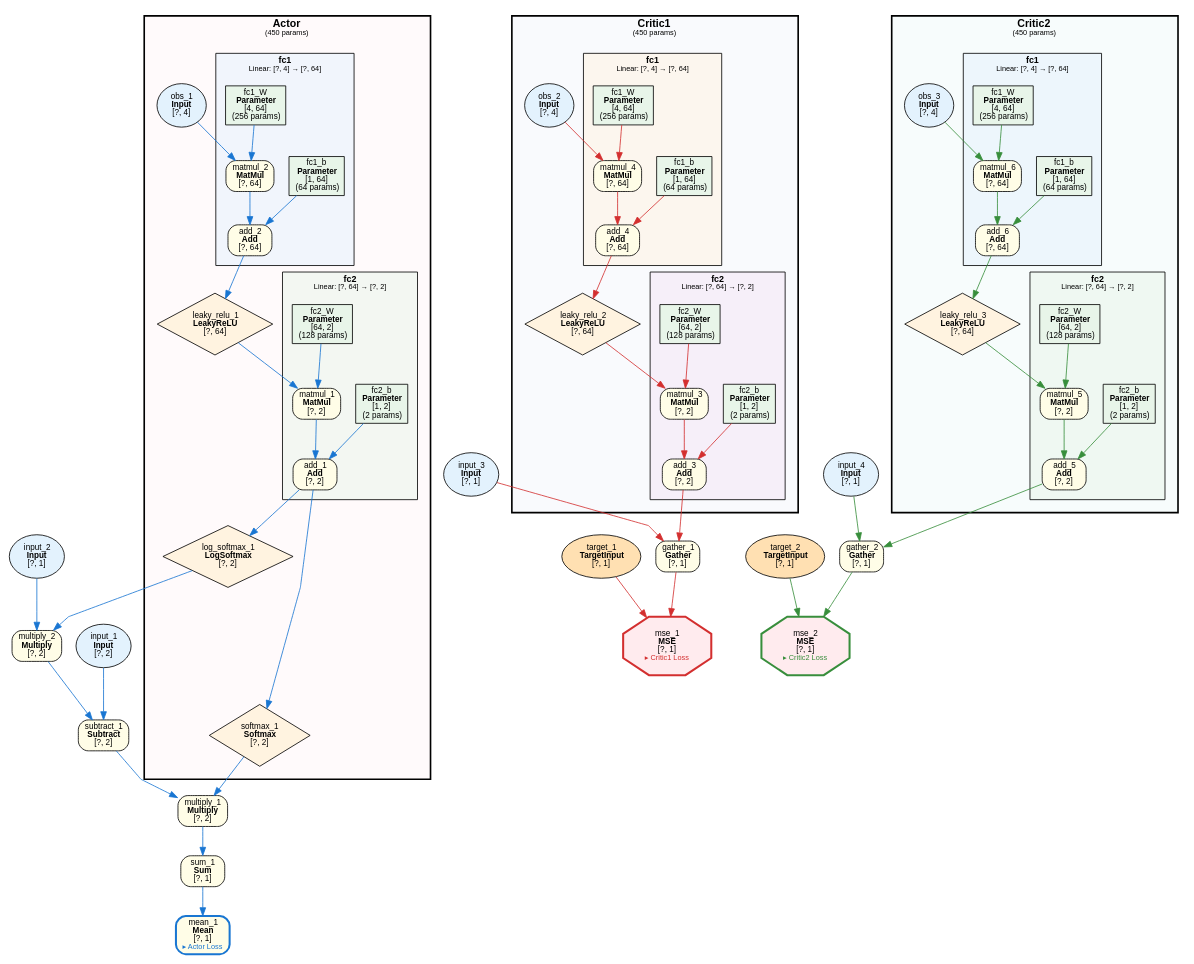
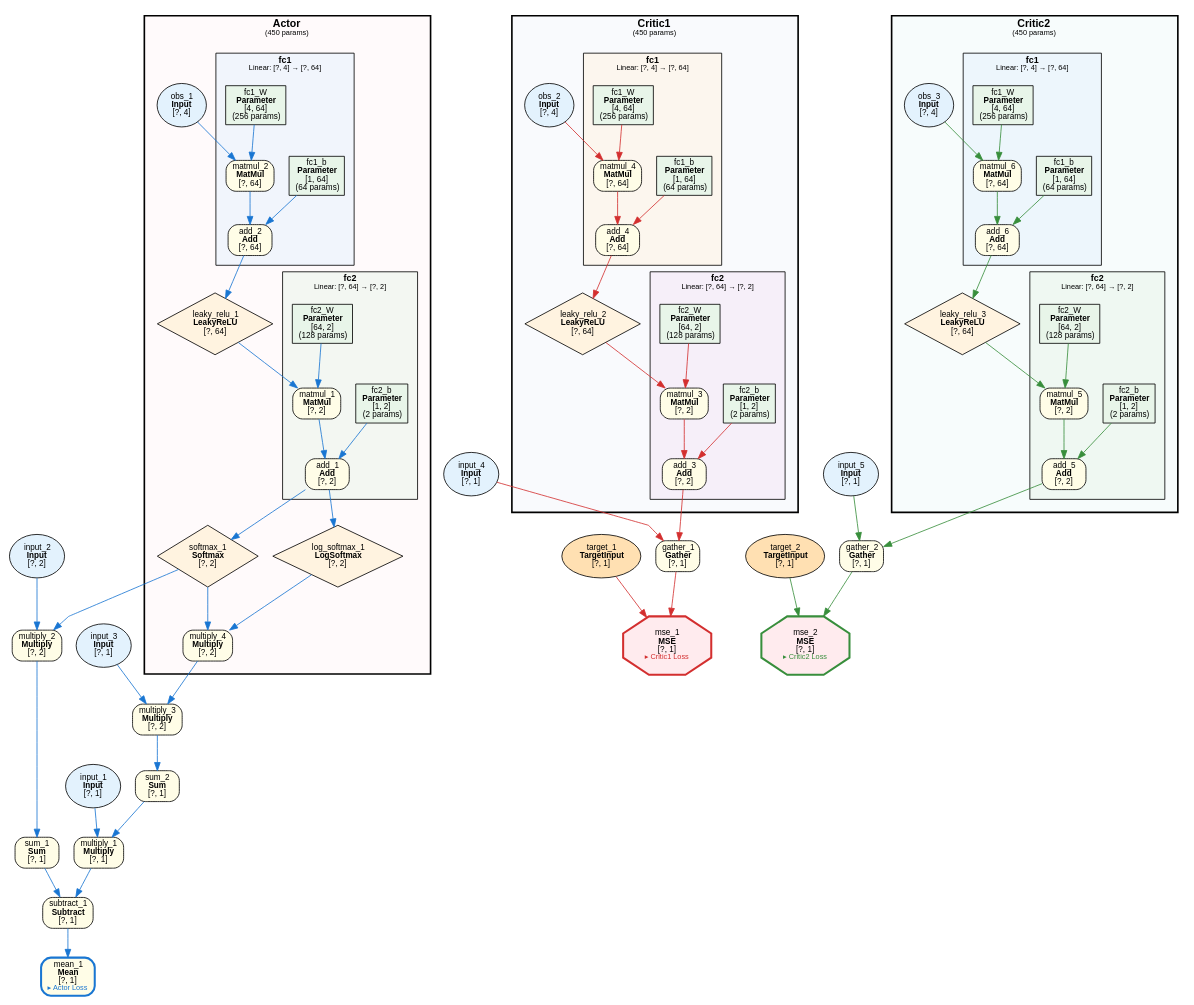
The diagram in examples/cartpole_sac/cartpole_sac.dot (dbsxdbsx/only_torch), drawn with Graphviz before and after one commit. The commit also changed 21 other files, not shown here.

```diff
--- a/examples/cartpole_sac/cartpole_sac.dot
+++ b/examples/cartpole_sac/cartpole_sac.dot
@@ -20,10 +20,10 @@
             fontname="Microsoft YaHei,SimHei,Arial";
             fontsize=11;
             margin=12;
-                "15" [label=<add_2<BR/><B>Add</B><BR/>[?, 64]> shape=box style="filled,rounded" fillcolor="#FFFDE7" fontsize=10];
-                "16" [label=<matmul_2<BR/><B>MatMul</B><BR/>[?, 64]> shape=box style="filled,rounded" fillcolor="#FFFDE7" fontsize=10];
-                "17" [label=<fc1_b<BR/><B>Parameter</B><BR/>[1, 64]<BR/>(64 params)> shape=box style=filled fillcolor="#E8F5E9" fontsize=10];
-                "19" [label=<fc1_W<BR/><B>Parameter</B><BR/>[4, 64]<BR/>(256 params)> shape=box style=filled fillcolor="#E8F5E9" fontsize=10];
+                "19" [label=<add_2<BR/><B>Add</B><BR/>[?, 64]> shape=box style="filled,rounded" fillcolor="#FFFDE7" fontsize=10];
+                "20" [label=<matmul_2<BR/><B>MatMul</B><BR/>[?, 64]> shape=box style="filled,rounded" fillcolor="#FFFDE7" fontsize=10];
+                "21" [label=<fc1_b<BR/><B>Parameter</B><BR/>[1, 64]<BR/>(64 params)> shape=box style=filled fillcolor="#E8F5E9" fontsize=10];
+                "23" [label=<fc1_W<BR/><B>Parameter</B><BR/>[4, 64]<BR/>(256 params)> shape=box style=filled fillcolor="#E8F5E9" fontsize=10];
         }
 
         subgraph cluster_Actor_fc2 {
@@ -33,16 +33,17 @@
             fontname="Microsoft YaHei,SimHei,Arial";
             fontsize=11;
             margin=12;
-                "6" [label=<add_1<BR/><B>Add</B><BR/>[?, 2]> shape=box style="filled,rounded" fillcolor="#FFFDE7" fontsize=10];
-                "9" [label=<matmul_1<BR/><B>MatMul</B><BR/>[?, 2]> shape=box style="filled,rounded" fillcolor="#FFFDE7" fontsize=10];
-                "10" [label=<fc2_b<BR/><B>Parameter</B><BR/>[1, 2]<BR/>(2 params)> shape=box style=filled fillcolor="#E8F5E9" fontsize=10];
-                "14" [label=<fc2_W<BR/><B>Parameter</B><BR/>[64, 2]<BR/>(128 params)> shape=box style=filled fillcolor="#E8F5E9" fontsize=10];
+                "13" [label=<add_1<BR/><B>Add</B><BR/>[?, 2]> shape=box style="filled,rounded" fillcolor="#FFFDE7" fontsize=10];
+                "15" [label=<matmul_1<BR/><B>MatMul</B><BR/>[?, 2]> shape=box style="filled,rounded" fillcolor="#FFFDE7" fontsize=10];
+                "16" [label=<fc2_b<BR/><B>Parameter</B><BR/>[1, 2]<BR/>(2 params)> shape=box style=filled fillcolor="#E8F5E9" fontsize=10];
+                "18" [label=<fc2_W<BR/><B>Parameter</B><BR/>[64, 2]<BR/>(128 params)> shape=box style=filled fillcolor="#E8F5E9" fontsize=10];
         }
 
-        "4" [label=<softmax_1<BR/><B>Softmax</B><BR/>[?, 2]> shape=diamond style=filled fillcolor="#FFF3E0" fontsize=10];
-        "11" [label=<log_softmax_1<BR/><B>LogSoftmax</B><BR/>[?, 2]> shape=diamond style=filled fillcolor="#FFF3E0" fontsize=10];
-        "13" [label=<leaky_relu_1<BR/><B>LeakyReLU</B><BR/>[?, 64]> shape=diamond style=filled fillcolor="#FFF3E0" fontsize=10];
-        "18" [label=<obs_1<BR/><B>Input</B><BR/>[?, 4]> shape=ellipse style=filled fillcolor="#E3F2FD" fontsize=10];
+        "9" [label=<softmax_1<BR/><B>Softmax</B><BR/>[?, 2]> shape=diamond style=filled fillcolor="#FFF3E0" fontsize=10];
+        "12" [label=<multiply_4<BR/><B>Multiply</B><BR/>[?, 2]> shape=box style="filled,rounded" fillcolor="#FFFDE7" fontsize=10];
+        "14" [label=<log_softmax_1<BR/><B>LogSoftmax</B><BR/>[?, 2]> shape=diamond style=filled fillcolor="#FFF3E0" fontsize=10];
+        "17" [label=<leaky_relu_1<BR/><B>LeakyReLU</B><BR/>[?, 64]> shape=diamond style=filled fillcolor="#FFF3E0" fontsize=10];
+        "22" [label=<obs_1<BR/><B>Input</B><BR/>[?, 4]> shape=ellipse style=filled fillcolor="#E3F2FD" fontsize=10];
     }
 
     subgraph cluster_model_Critic1 {
@@ -60,10 +61,10 @@
             fontname="Microsoft YaHei,SimHei,Arial";
             fontsize=11;
             margin=12;
-                "29" [label=<add_4<BR/><B>Add</B><BR/>[?, 64]> shape=box style="filled,rounded" fillcolor="#FFFDE7" fontsize=10];
-                "30" [label=<matmul_4<BR/><B>MatMul</B><BR/>[?, 64]> shape=box style="filled,rounded" fillcolor="#FFFDE7" fontsize=10];
-                "31" [label=<fc1_b<BR/><B>Parameter</B><BR/>[1, 64]<BR/>(64 params)> shape=box style=filled fillcolor="#E8F5E9" fontsize=10];
-                "33" [label=<fc1_W<BR/><B>Parameter</B><BR/>[4, 64]<BR/>(256 params)> shape=box style=filled fillcolor="#E8F5E9" fontsize=10];
+                "33" [label=<add_4<BR/><B>Add</B><BR/>[?, 64]> shape=box style="filled,rounded" fillcolor="#FFFDE7" fontsize=10];
+                "34" [label=<matmul_4<BR/><B>MatMul</B><BR/>[?, 64]> shape=box style="filled,rounded" fillcolor="#FFFDE7" fontsize=10];
+                "35" [label=<fc1_b<BR/><B>Parameter</B><BR/>[1, 64]<BR/>(64 params)> shape=box style=filled fillcolor="#E8F5E9" fontsize=10];
+                "37" [label=<fc1_W<BR/><B>Parameter</B><BR/>[4, 64]<BR/>(256 params)> shape=box style=filled fillcolor="#E8F5E9" fontsize=10];
         }
 
         subgraph cluster_Critic1_fc2 {
@@ -73,14 +74,14 @@
             fontname="Microsoft YaHei,SimHei,Arial";
             fontsize=11;
             margin=12;
-                "23" [label=<add_3<BR/><B>Add</B><BR/>[?, 2]> shape=box style="filled,rounded" fillcolor="#FFFDE7" fontsize=10];
-                "25" [label=<matmul_3<BR/><B>MatMul</B><BR/>[?, 2]> shape=box style="filled,rounded" fillcolor="#FFFDE7" fontsize=10];
-                "26" [label=<fc2_b<BR/><B>Parameter</B><BR/>[1, 2]<BR/>(2 params)> shape=box style=filled fillcolor="#E8F5E9" fontsize=10];
-                "28" [label=<fc2_W<BR/><B>Parameter</B><BR/>[64, 2]<BR/>(128 params)> shape=box style=filled fillcolor="#E8F5E9" fontsize=10];
+                "27" [label=<add_3<BR/><B>Add</B><BR/>[?, 2]> shape=box style="filled,rounded" fillcolor="#FFFDE7" fontsize=10];
+                "29" [label=<matmul_3<BR/><B>MatMul</B><BR/>[?, 2]> shape=box style="filled,rounded" fillcolor="#FFFDE7" fontsize=10];
+                "30" [label=<fc2_b<BR/><B>Parameter</B><BR/>[1, 2]<BR/>(2 params)> shape=box style=filled fillcolor="#E8F5E9" fontsize=10];
+                "32" [label=<fc2_W<BR/><B>Parameter</B><BR/>[64, 2]<BR/>(128 params)> shape=box style=filled fillcolor="#E8F5E9" fontsize=10];
         }
 
-        "27" [label=<leaky_relu_2<BR/><B>LeakyReLU</B><BR/>[?, 64]> shape=diamond style=filled fillcolor="#FFF3E0" fontsize=10];
-        "32" [label=<obs_2<BR/><B>Input</B><BR/>[?, 4]> shape=ellipse style=filled fillcolor="#E3F2FD" fontsize=10];
+        "31" [label=<leaky_relu_2<BR/><B>LeakyReLU</B><BR/>[?, 64]> shape=diamond style=filled fillcolor="#FFF3E0" fontsize=10];
+        "36" [label=<obs_2<BR/><B>Input</B><BR/>[?, 4]> shape=ellipse style=filled fillcolor="#E3F2FD" fontsize=10];
     }
 
     subgraph cluster_model_Critic2 {
@@ -98,10 +99,10 @@
             fontname="Microsoft YaHei,SimHei,Arial";
             fontsize=11;
             margin=12;
-                "43" [label=<add_6<BR/><B>Add</B><BR/>[?, 64]> shape=box style="filled,rounded" fillcolor="#FFFDE7" fontsize=10];
-                "44" [label=<matmul_6<BR/><B>MatMul</B><BR/>[?, 64]> shape=box style="filled,rounded" fillcolor="#FFFDE7" fontsize=10];
-                "45" [label=<fc1_b<BR/><B>Parameter</B><BR/>[1, 64]<BR/>(64 params)> shape=box style=filled fillcolor="#E8F5E9" fontsize=10];
-                "47" [label=<fc1_W<BR/><B>Parameter</B><BR/>[4, 64]<BR/>(256 params)> shape=box style=filled fillcolor="#E8F5E9" fontsize=10];
+                "47" [label=<add_6<BR/><B>Add</B><BR/>[?, 64]> shape=box style="filled,rounded" fillcolor="#FFFDE7" fontsize=10];
+                "48" [label=<matmul_6<BR/><B>MatMul</B><BR/>[?, 64]> shape=box style="filled,rounded" fillcolor="#FFFDE7" fontsize=10];
+                "49" [label=<fc1_b<BR/><B>Parameter</B><BR/>[1, 64]<BR/>(64 params)> shape=box style=filled fillcolor="#E8F5E9" fontsize=10];
+                "51" [label=<fc1_W<BR/><B>Parameter</B><BR/>[4, 64]<BR/>(256 params)> shape=box style=filled fillcolor="#E8F5E9" fontsize=10];
         }
 
         subgraph cluster_Critic2_fc2 {
@@ -111,75 +112,83 @@
             fontname="Microsoft YaHei,SimHei,Arial";
             fontsize=11;
             margin=12;
-                "37" [label=<add_5<BR/><B>Add</B><BR/>[?, 2]> shape=box style="filled,rounded" fillcolor="#FFFDE7" fontsize=10];
-                "39" [label=<matmul_5<BR/><B>MatMul</B><BR/>[?, 2]> shape=box style="filled,rounded" fillcolor="#FFFDE7" fontsize=10];
-                "40" [label=<fc2_b<BR/><B>Parameter</B><BR/>[1, 2]<BR/>(2 params)> shape=box style=filled fillcolor="#E8F5E9" fontsize=10];
-                "42" [label=<fc2_W<BR/><B>Parameter</B><BR/>[64, 2]<BR/>(128 params)> shape=box style=filled fillcolor="#E8F5E9" fontsize=10];
+                "41" [label=<add_5<BR/><B>Add</B><BR/>[?, 2]> shape=box style="filled,rounded" fillcolor="#FFFDE7" fontsize=10];
+                "43" [label=<matmul_5<BR/><B>MatMul</B><BR/>[?, 2]> shape=box style="filled,rounded" fillcolor="#FFFDE7" fontsize=10];
+                "44" [label=<fc2_b<BR/><B>Parameter</B><BR/>[1, 2]<BR/>(2 params)> shape=box style=filled fillcolor="#E8F5E9" fontsize=10];
+                "46" [label=<fc2_W<BR/><B>Parameter</B><BR/>[64, 2]<BR/>(128 params)> shape=box style=filled fillcolor="#E8F5E9" fontsize=10];
         }
 
-        "41" [label=<leaky_relu_3<BR/><B>LeakyReLU</B><BR/>[?, 64]> shape=diamond style=filled fillcolor="#FFF3E0" fontsize=10];
-        "46" [label=<obs_3<BR/><B>Input</B><BR/>[?, 4]> shape=ellipse style=filled fillcolor="#E3F2FD" fontsize=10];
+        "45" [label=<leaky_relu_3<BR/><B>LeakyReLU</B><BR/>[?, 64]> shape=diamond style=filled fillcolor="#FFF3E0" fontsize=10];
+        "50" [label=<obs_3<BR/><B>Input</B><BR/>[?, 4]> shape=ellipse style=filled fillcolor="#E3F2FD" fontsize=10];
     }
 
     "1" [label=<mean_1<BR/><B>Mean</B><BR/>[?, 1]<BR/><FONT COLOR="#1976D2" POINT-SIZE="9">▸ Actor Loss</FONT>> shape=box style="filled,rounded" fillcolor="#FFFDE7" fontsize=10 penwidth=2.5 color="#1976D2"];
-    "2" [label=<sum_1<BR/><B>Sum</B><BR/>[?, 1]> shape=box style="filled,rounded" fillcolor="#FFFDE7" fontsize=10];
-    "3" [label=<multiply_1<BR/><B>Multiply</B><BR/>[?, 2]> shape=box style="filled,rounded" fillcolor="#FFFDE7" fontsize=10];
-    "5" [label=<subtract_1<BR/><B>Subtract</B><BR/>[?, 2]> shape=box style="filled,rounded" fillcolor="#FFFDE7" fontsize=10];
+    "2" [label=<subtract_1<BR/><B>Subtract</B><BR/>[?, 1]> shape=box style="filled,rounded" fillcolor="#FFFDE7" fontsize=10];
+    "3" [label=<multiply_1<BR/><B>Multiply</B><BR/>[?, 1]> shape=box style="filled,rounded" fillcolor="#FFFDE7" fontsize=10];
+    "4" [label=<sum_1<BR/><B>Sum</B><BR/>[?, 1]> shape=box style="filled,rounded" fillcolor="#FFFDE7" fontsize=10];
+    "5" [label=<sum_2<BR/><B>Sum</B><BR/>[?, 1]> shape=box style="filled,rounded" fillcolor="#FFFDE7" fontsize=10];
+    "6" [label=<input_1<BR/><B>Input</B><BR/>[?, 1]> shape=ellipse style=filled fillcolor="#E3F2FD" fontsize=10];
     "7" [label=<multiply_2<BR/><B>Multiply</B><BR/>[?, 2]> shape=box style="filled,rounded" fillcolor="#FFFDE7" fontsize=10];
-    "8" [label=<input_1<BR/><B>Input</B><BR/>[?, 2]> shape=ellipse style=filled fillcolor="#E3F2FD" fontsize=10];
-    "12" [label=<input_2<BR/><B>Input</B><BR/>[?, 1]> shape=ellipse style=filled fillcolor="#E3F2FD" fontsize=10];
-    "20" [label=<mse_1<BR/><B>MSE</B><BR/>[?, 1]<BR/><FONT COLOR="#D32F2F" POINT-SIZE="9">▸ Critic1 Loss</FONT>> shape=octagon style=filled fillcolor="#FFEBEE" fontsize=10 penwidth=2.5 color="#D32F2F"];
-    "21" [label=<gather_1<BR/><B>Gather</B><BR/>[?, 1]> shape=box style="filled,rounded" fillcolor="#FFFDE7" fontsize=10];
-    "22" [label=<target_1<BR/><B>TargetInput</B><BR/>[?, 1]> shape=ellipse style=filled fillcolor="#FFE0B2" fontsize=10];
-    "24" [label=<input_3<BR/><B>Input</B><BR/>[?, 1]> shape=ellipse style=filled fillcolor="#E3F2FD" fontsize=10];
-    "34" [label=<mse_2<BR/><B>MSE</B><BR/>[?, 1]<BR/><FONT COLOR="#388E3C" POINT-SIZE="9">▸ Critic2 Loss</FONT>> shape=octagon style=filled fillcolor="#FFEBEE" fontsize=10 penwidth=2.5 color="#388E3C"];
-    "35" [label=<gather_2<BR/><B>Gather</B><BR/>[?, 1]> shape=box style="filled,rounded" fillcolor="#FFFDE7" fontsize=10];
-    "36" [label=<target_2<BR/><B>TargetInput</B><BR/>[?, 1]> shape=ellipse style=filled fillcolor="#FFE0B2" fontsize=10];
-    "38" [label=<input_4<BR/><B>Input</B><BR/>[?, 1]> shape=ellipse style=filled fillcolor="#E3F2FD" fontsize=10];
+    "8" [label=<multiply_3<BR/><B>Multiply</B><BR/>[?, 2]> shape=box style="filled,rounded" fillcolor="#FFFDE7" fontsize=10];
+    "10" [label=<input_2<BR/><B>Input</B><BR/>[?, 2]> shape=ellipse style=filled fillcolor="#E3F2FD" fontsize=10];
+    "11" [label=<input_3<BR/><B>Input</B><BR/>[?, 1]> shape=ellipse style=filled fillcolor="#E3F2FD" fontsize=10];
+    "24" [label=<mse_1<BR/><B>MSE</B><BR/>[?, 1]<BR/><FONT COLOR="#D32F2F" POINT-SIZE="9">▸ Critic1 Loss</FONT>> shape=octagon style=filled fillcolor="#FFEBEE" fontsize=10 penwidth=2.5 color="#D32F2F"];
+    "25" [label=<gather_1<BR/><B>Gather</B><BR/>[?, 1]> shape=box style="filled,rounded" fillcolor="#FFFDE7" fontsize=10];
+    "26" [label=<target_1<BR/><B>TargetInput</B><BR/>[?, 1]> shape=ellipse style=filled fillcolor="#FFE0B2" fontsize=10];
+    "28" [label=<input_4<BR/><B>Input</B><BR/>[?, 1]> shape=ellipse style=filled fillcolor="#E3F2FD" fontsize=10];
+    "38" [label=<mse_2<BR/><B>MSE</B><BR/>[?, 1]<BR/><FONT COLOR="#388E3C" POINT-SIZE="9">▸ Critic2 Loss</FONT>> shape=octagon style=filled fillcolor="#FFEBEE" fontsize=10 penwidth=2.5 color="#388E3C"];
+    "39" [label=<gather_2<BR/><B>Gather</B><BR/>[?, 1]> shape=box style="filled,rounded" fillcolor="#FFFDE7" fontsize=10];
+    "40" [label=<target_2<BR/><B>TargetInput</B><BR/>[?, 1]> shape=ellipse style=filled fillcolor="#FFE0B2" fontsize=10];
+    "42" [label=<input_5<BR/><B>Input</B><BR/>[?, 1]> shape=ellipse style=filled fillcolor="#E3F2FD" fontsize=10];
 
     "2" -> "1" [color="#1976D2"];
     "3" -> "2" [color="#1976D2"];
-    "4" -> "3" [color="#1976D2"];
+    "4" -> "2" [color="#1976D2"];
     "5" -> "3" [color="#1976D2"];
-    "6" -> "4" [color="#1976D2"];
-    "7" -> "5" [color="#1976D2"];
+    "6" -> "3" [color="#1976D2"];
+    "7" -> "4" [color="#1976D2"];
     "8" -> "5" [color="#1976D2"];
-    "9" -> "6" [color="#1976D2"];
-    "10" -> "6" [color="#1976D2"];
-    "11" -> "7" [color="#1976D2"];
-    "12" -> "7" [color="#1976D2"];
+    "9" -> "7" [color="#1976D2"];
+    "10" -> "7" [color="#1976D2"];
+    "11" -> "8" [color="#1976D2"];
+    "12" -> "8" [color="#1976D2"];
     "13" -> "9" [color="#1976D2"];
-    "14" -> "9" [color="#1976D2"];
-    "6" -> "11" [color="#1976D2"];
+    "9" -> "12" [color="#1976D2"];
+    "14" -> "12" [color="#1976D2"];
     "15" -> "13" [color="#1976D2"];
-    "16" -> "15" [color="#1976D2"];
+    "16" -> "13" [color="#1976D2"];
+    "13" -> "14" [color="#1976D2"];
     "17" -> "15" [color="#1976D2"];
-    "18" -> "16" [color="#1976D2"];
-    "19" -> "16" [color="#1976D2"];
-    "21" -> "20" [color="#D32F2F"];
-    "22" -> "20" [color="#D32F2F"];
-    "23" -> "21" [color="#D32F2F"];
-    "24" -> "21" [color="#D32F2F"];
-    "25" -> "23" [color="#D32F2F"];
-    "26" -> "23" [color="#D32F2F"];
+    "18" -> "15" [color="#1976D2"];
+    "19" -> "17" [color="#1976D2"];
+    "20" -> "19" [color="#1976D2"];
+    "21" -> "19" [color="#1976D2"];
+    "22" -> "20" [color="#1976D2"];
+    "23" -> "20" [color="#1976D2"];
+    "25" -> "24" [color="#D32F2F"];
+    "26" -> "24" [color="#D32F2F"];
     "27" -> "25" [color="#D32F2F"];
     "28" -> "25" [color="#D32F2F"];
     "29" -> "27" [color="#D32F2F"];
-    "30" -> "29" [color="#D32F2F"];
+    "30" -> "27" [color="#D32F2F"];
     "31" -> "29" [color="#D32F2F"];
-    "32" -> "30" [color="#D32F2F"];
-    "33" -> "30" [color="#D32F2F"];
-    "35" -> "34" [color="#388E3C"];
-    "36" -> "34" [color="#388E3C"];
-    "37" -> "35" [color="#388E3C"];
-    "38" -> "35" [color="#388E3C"];
-    "39" -> "37" [color="#388E3C"];
-    "40" -> "37" [color="#388E3C"];
+    "32" -> "29" [color="#D32F2F"];
+    "33" -> "31" [color="#D32F2F"];
+    "34" -> "33" [color="#D32F2F"];
+    "35" -> "33" [color="#D32F2F"];
+    "36" -> "34" [color="#D32F2F"];
+    "37" -> "34" [color="#D32F2F"];
+    "39" -> "38" [color="#388E3C"];
+    "40" -> "38" [color="#388E3C"];
     "41" -> "39" [color="#388E3C"];
     "42" -> "39" [color="#388E3C"];
     "43" -> "41" [color="#388E3C"];
-    "44" -> "43" [color="#388E3C"];
+    "44" -> "41" [color="#388E3C"];
     "45" -> "43" [color="#388E3C"];
-    "46" -> "44" [color="#388E3C"];
-    "47" -> "44" [color="#388E3C"];
+    "46" -> "43" [color="#388E3C"];
+    "47" -> "45" [color="#388E3C"];
+    "48" -> "47" [color="#388E3C"];
+    "49" -> "47" [color="#388E3C"];
+    "50" -> "48" [color="#388E3C"];
+    "51" -> "48" [color="#388E3C"];
 }
```
